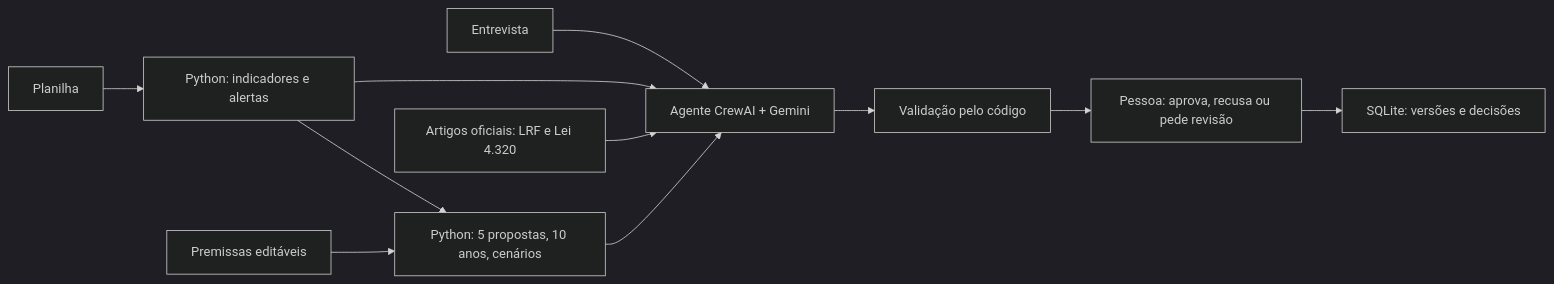
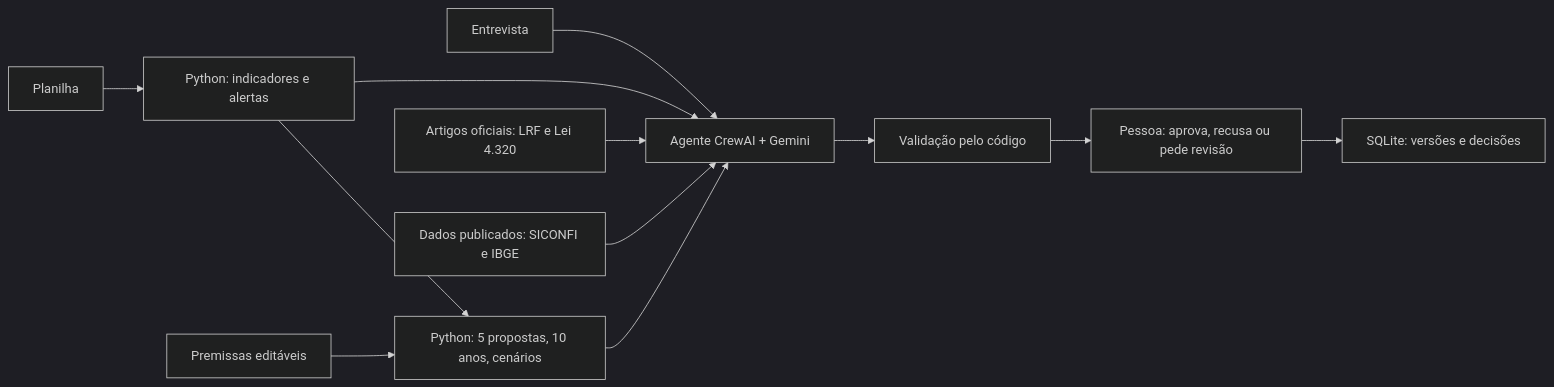
One commit to LeonardoBalk/agentes changed the diagram in README.md. Above: the diagram before and after it, drawn with Mermaid (dark theme). The commit also changed other lines of this file, not shown here.

````diff
--- a/README.md
+++ b/README.md
@@ -60,13 +60,14 @@
 ```mermaid
 flowchart LR
   X[Planilha] --> D[Python: indicadores e alertas]
   E[Entrevista] --> A
   P[Premissas editáveis] --> S[Python: 5 propostas, 10 anos, cenários]
   D --> S
   F[Artigos oficiais: LRF e Lei 4.320] --> A[Agente CrewAI + Gemini]
+  G[Dados publicados: SICONFI e IBGE] --> A
   D --> A
   S --> A
   A --> V[Validação pelo código]
   V --> H[Pessoa: aprova, recusa ou pede revisão]
   H --> B[SQLite: versões e decisões]
 ```
````
